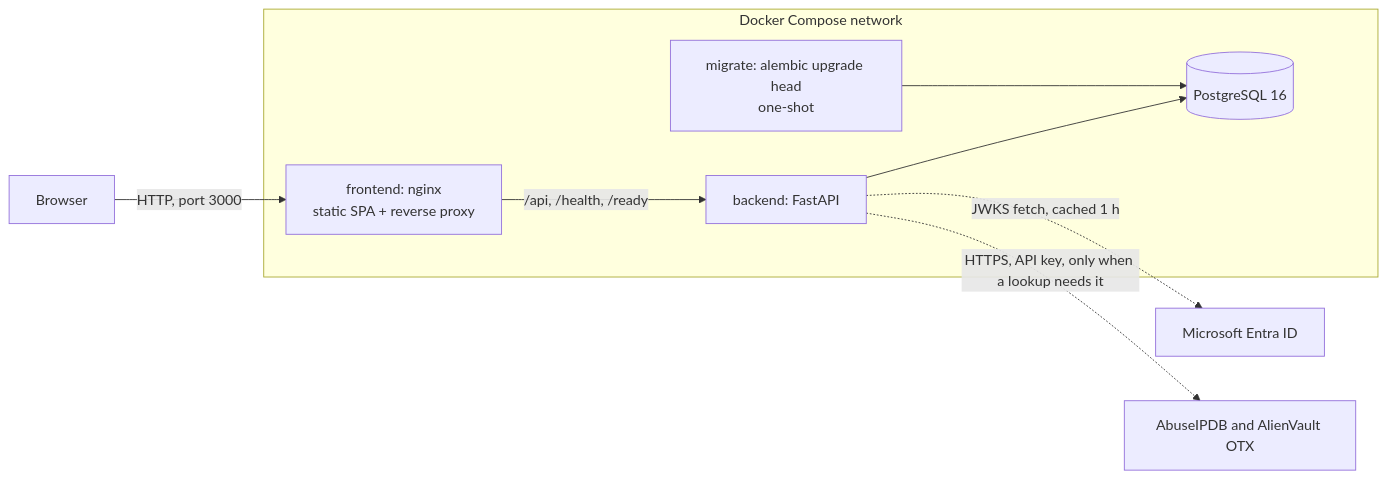
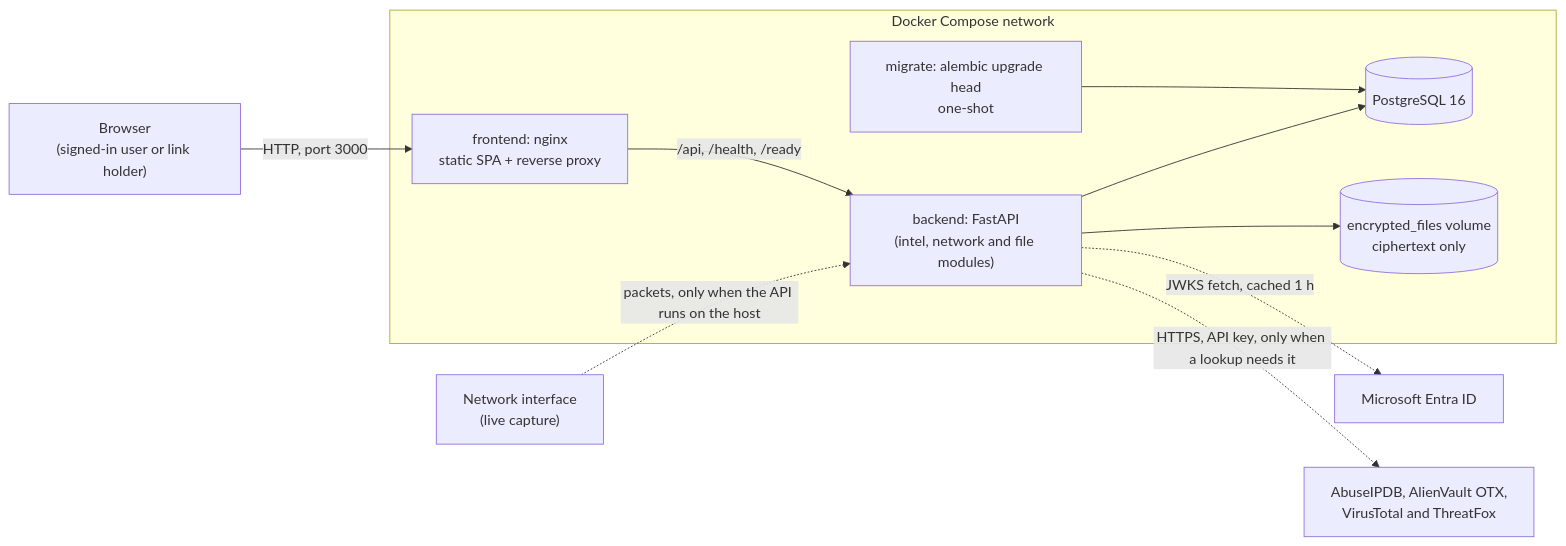
One commit to FireHeaven166114/CipherForge changed the first of 5 diagrams in docs/architecture.md. Above: the diagram before and after it, drawn with Mermaid. The commit also changed other lines of this file and 18 other files, not shown here.

````diff
--- a/docs/architecture.md
+++ b/docs/architecture.md
@@ -9,11 +20,13 @@
 ```mermaid
 flowchart LR
-    Browser[Browser] -->|HTTP, port 3000| Nginx
+    Browser["Browser<br/>(signed-in user or link holder)"] -->|HTTP, port 3000| Nginx
     subgraph Compose[Docker Compose network]
-        Nginx["frontend: nginx<br/>static SPA + reverse proxy"] -->|/api, /health, /ready| API[backend: FastAPI]
+        Nginx["frontend: nginx<br/>static SPA + reverse proxy"] -->|/api, /health, /ready| API["backend: FastAPI<br/>(intel, network and file modules)"]
         Migrate["migrate: alembic upgrade head<br/>one-shot"] --> DB
         API --> DB[(PostgreSQL 16)]
+        API --> Blobs[("encrypted_files volume<br/>ciphertext only")]
     end
     API -.->|JWKS fetch, cached 1 h| Entra[Microsoft Entra ID]
-    API -.->|HTTPS, API key, only when a lookup needs it| Feeds[AbuseIPDB and AlienVault OTX]
+    API -.->|"HTTPS, API key, only when a lookup needs it"| Feeds["AbuseIPDB, AlienVault OTX,<br/>VirusTotal and ThreatFox"]
+    NIC["Network interface<br/>(live capture)"] -.->|"packets, only when the API runs on the host"| API
 ```
````
